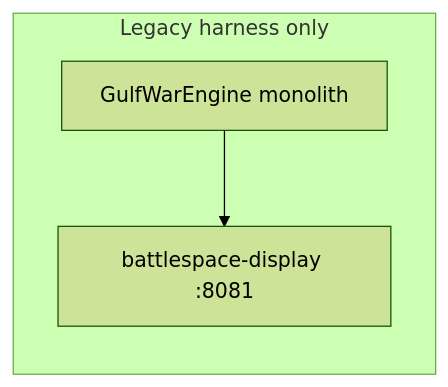
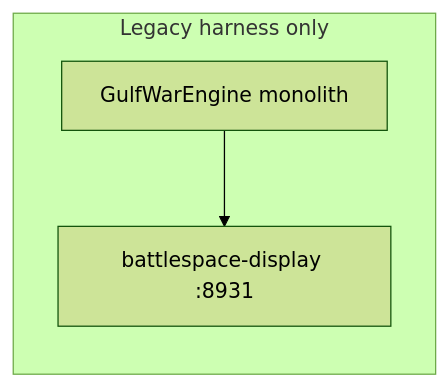
Before and after one commit to mowgli42/battlespace-manager: the second of 4 diagrams in README.md, drawn with Mermaid (forest theme). The commit also changed other lines of this file and 28 other files, not shown here.

````diff
--- a/README.md
+++ b/README.md
@@ -256,8 +290,8 @@
 ```mermaid
 flowchart LR
   subgraph legacy [Legacy harness only]
     Engine[GulfWarEngine monolith]
-    BD2[battlespace-display :8081]
+    BD2[battlespace-display :8931]
   end
   Engine --> BD2
 ```
````
